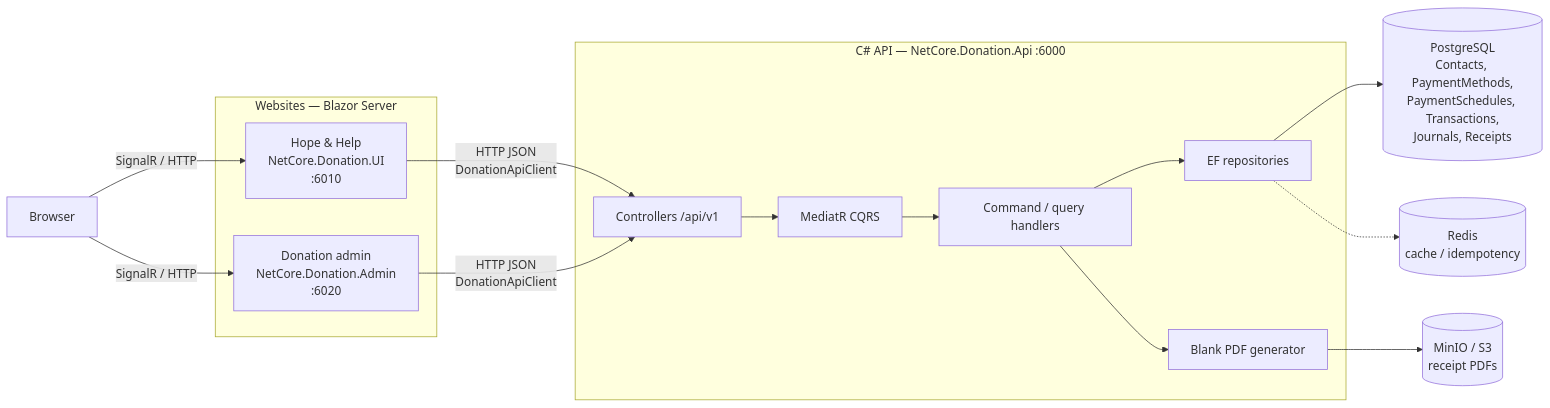
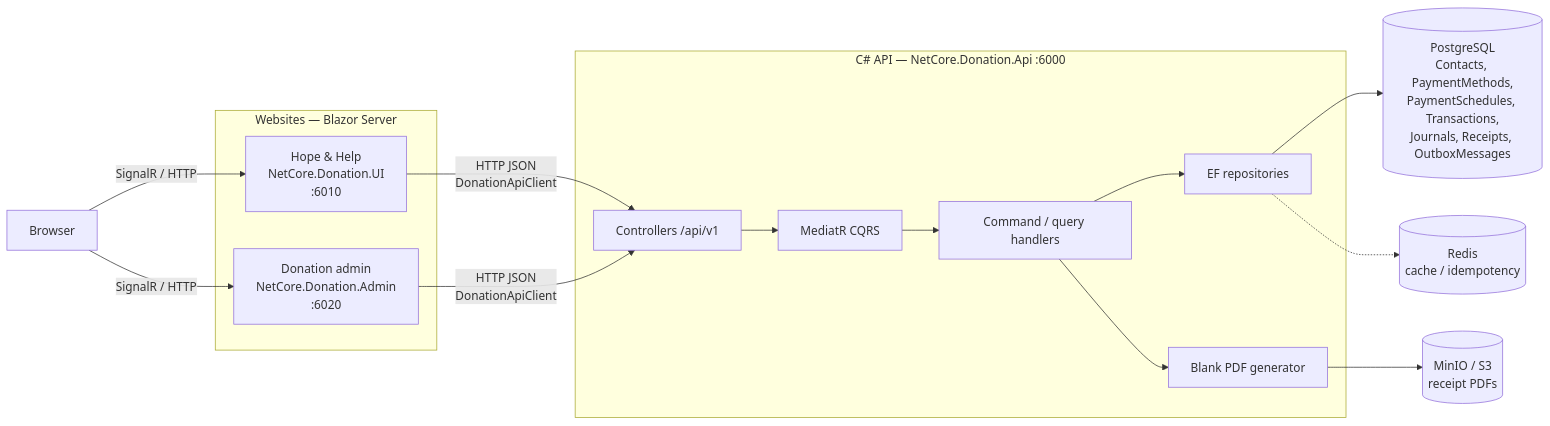
Before and after one commit to NghiaNguyen170192/NetCore: the first of 4 diagrams in DATA_FLOW.md, drawn with Mermaid. The commit also changed other lines of this file and 93 other files, not shown here.

````diff
--- a/DATA_FLOW.md
+++ b/DATA_FLOW.md
@@ -11,30 +13,30 @@
 ```mermaid
 flowchart LR
   Browser["Browser"]
 
   subgraph Websites["Websites — Blazor Server"]
     Donor["Hope & Help<br/>NetCore.Donation.UI<br/>:6010"]
     Admin["Donation admin<br/>NetCore.Donation.Admin<br/>:6020"]
   end
 
   subgraph ApiHost["C# API — NetCore.Donation.Api :6000"]
     Ctrl["Controllers /api/v1"]
     MediatR["MediatR CQRS"]
     Handlers["Command / query handlers"]
     Repos["EF repositories"]
     Pdf["Blank PDF generator"]
   end
 
-  Postgres[("PostgreSQL<br/>Contacts, PaymentMethods,<br/>PaymentSchedules, Transactions,<br/>Journals, Receipts")]
+  Postgres[("PostgreSQL<br/>Contacts, PaymentMethods,<br/>PaymentSchedules, Transactions,<br/>Journals, Receipts, OutboxMessages")]
   MinIO[("MinIO / S3<br/>receipt PDFs")]
   Redis[("Redis<br/>cache / idempotency")]
 
   Browser -->|"SignalR / HTTP"| Donor
   Browser -->|"SignalR / HTTP"| Admin
   Donor -->|"HTTP JSON<br/>DonationApiClient"| Ctrl
   Admin -->|"HTTP JSON<br/>DonationApiClient"| Ctrl
   Ctrl --> MediatR --> Handlers --> Repos
   Repos --> Postgres
   Handlers --> Pdf --> MinIO
   Repos -.-> Redis
 ```
````
